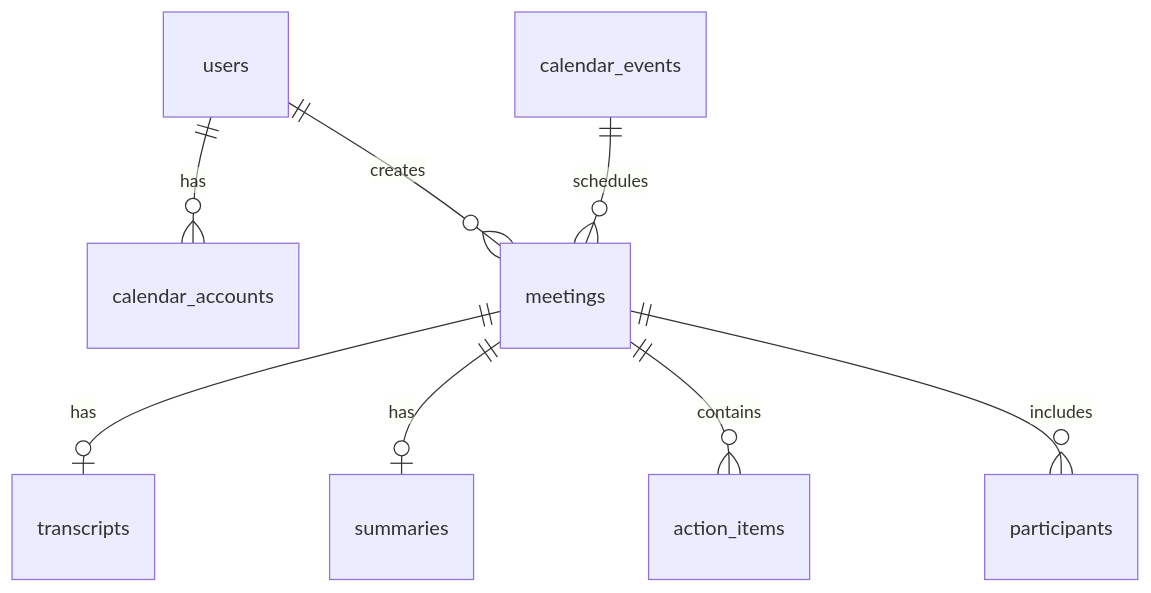
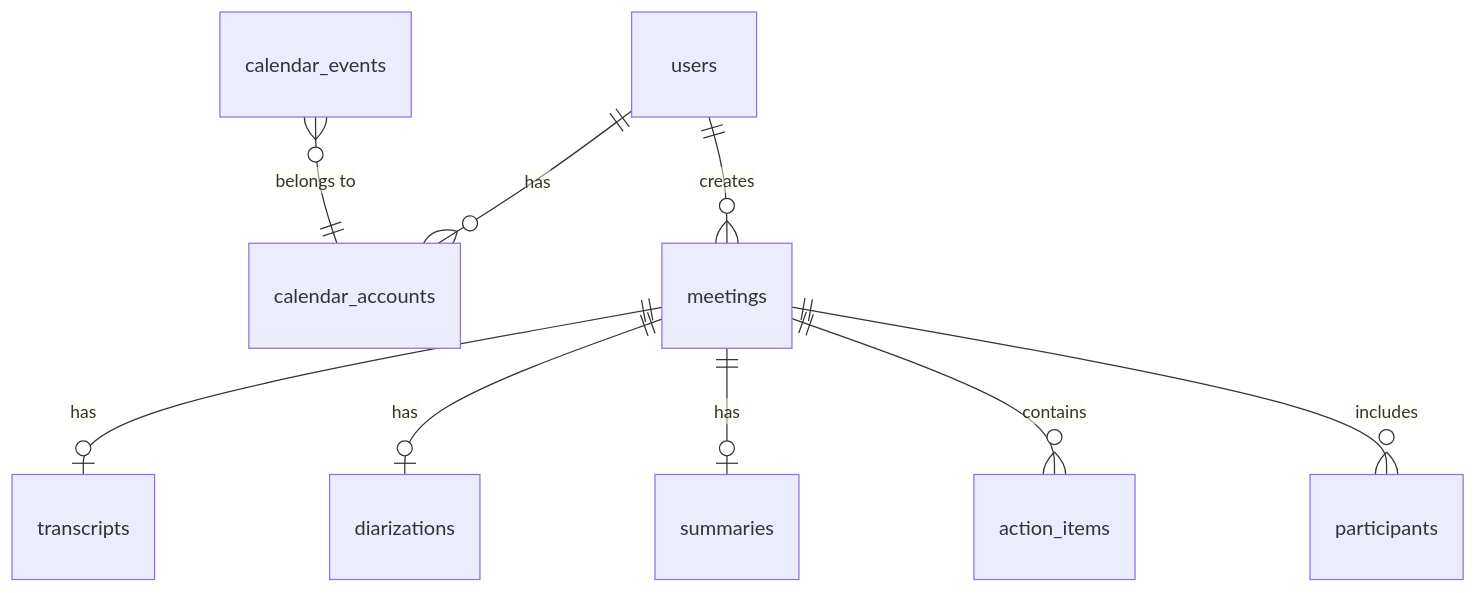
Before and after one commit to weeargh/potts: the diagram in docs/DATABASE_SCHEMA.md, drawn with Mermaid. The commit also changed other lines of this file and 33 other files, not shown here.

````diff
--- a/docs/DATABASE_SCHEMA.md
+++ b/docs/DATABASE_SCHEMA.md
@@ -49,10 +11,11 @@
 ```mermaid
 erDiagram
     users ||--o{ calendar_accounts : "has"
     users ||--o{ meetings : "creates"
     meetings ||--o| transcripts : "has"
+    meetings ||--o| diarizations : "has"
     meetings ||--o| summaries : "has"
     meetings ||--o{ action_items : "contains"
     meetings ||--o{ participants : "includes"
-    calendar_events ||--o{ meetings : "schedules"
+    calendar_events }o--|| calendar_accounts : "belongs to"
 ```
````
